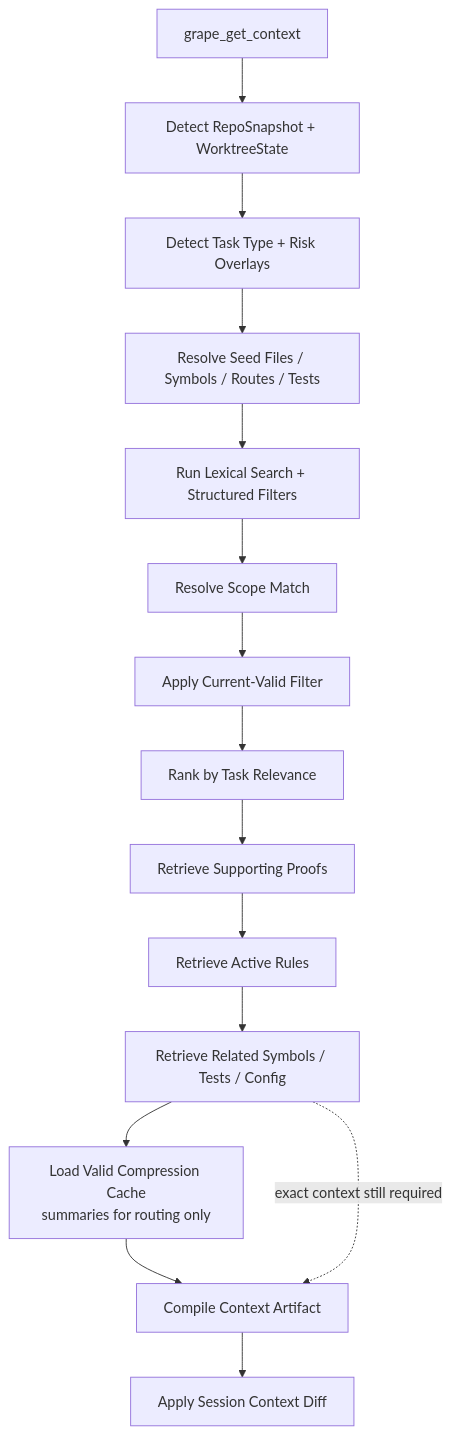
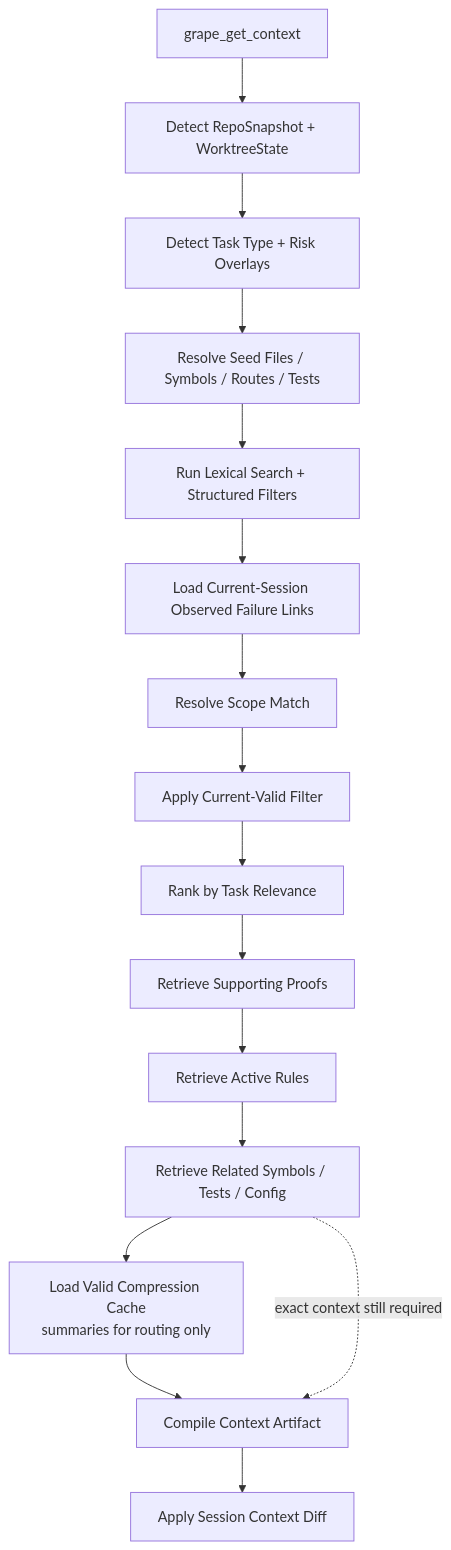
One commit to gael55x/Grape changed the fifth of 12 diagrams in docs/v1/SPEC.md. Above: the diagram before and after it, drawn with Mermaid. The commit also changed other lines of this file and 17 other files, not shown here.

Commit message:
feat(retrieval): use observed failure links

````diff
--- a/docs/v1/SPEC.md
+++ b/docs/v1/SPEC.md
@@ -1680,17 +1680,18 @@
 ```mermaid
 flowchart TD
     START[grape_get_context] --> SNAP[Detect RepoSnapshot + WorktreeState]
     SNAP --> TASK[Detect Task Type + Risk Overlays]
     TASK --> SEEDS[Resolve Seed Files / Symbols / Routes / Tests]
     SEEDS --> SEARCH[Run Lexical Search + Structured Filters]
-    SEARCH --> SCOPE[Resolve Scope Match]
+    SEARCH --> FAILS[Load Current-Session Observed Failure Links]
+    FAILS --> SCOPE[Resolve Scope Match]
     SCOPE --> VALID[Apply Current-Valid Filter]
     VALID --> RANK[Rank by Task Relevance]
     RANK --> PROOFS[Retrieve Supporting Proofs]
     PROOFS --> RULES[Retrieve Active Rules]
     RULES --> SYMBOLS[Retrieve Related Symbols / Tests / Config]
     SYMBOLS --> COMPRESS[Load Valid Compression Cache<br/>summaries for routing only]
     COMPRESS --> COMPILE[Compile Context Artifact]
     SYMBOLS -. exact context still required .-> COMPILE
     COMPILE --> DIFF[Apply Session Context Diff]
 ```
````
